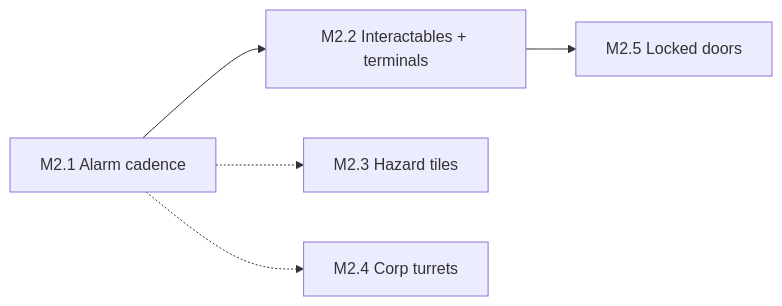
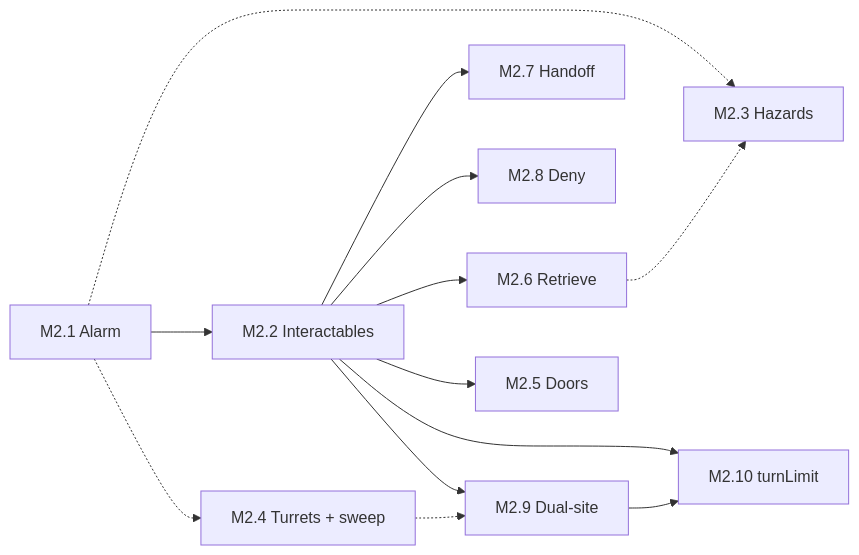
Before and after one commit to facerix/kernel-panic: the diagram in docs/phase-2.5-plan.md, drawn with Mermaid. The commit also changed other lines of this file, not shown here.

````diff
--- a/docs/phase-2.5-plan.md
+++ b/docs/phase-2.5-plan.md
@@ -96,12 +101,25 @@
 ```mermaid
 flowchart LR
-  M21[M2.1 Alarm cadence]
-  M22[M2.2 Interactables + terminals]
-  M25[M2.5 Locked doors]
-  M23[M2.3 Hazard tiles]
-  M24[M2.4 Corp turrets]
+  M21[M2.1 Alarm]
+  M22[M2.2 Interactables]
+  M26[M2.6 Retrieve]
+  M27[M2.7 Handoff]
+  M28[M2.8 Deny]
+  M29[M2.9 Dual-site]
+  M210[M2.10 turnLimit]
+  M25[M2.5 Doors]
+  M23[M2.3 Hazards]
+  M24[M2.4 Turrets + sweep]
   M21 --> M22
+  M22 --> M26
+  M22 --> M27
+  M22 --> M28
+  M22 --> M29
   M22 --> M25
+  M22 --> M210
+  M29 --> M210
   M21 -.-> M23
   M21 -.-> M24
+  M26 -.-> M23
+  M24 -.-> M29
 ```
````
